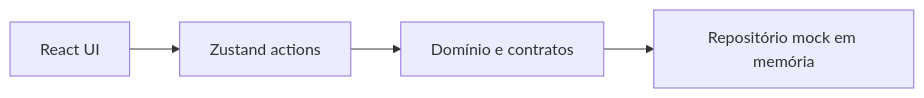
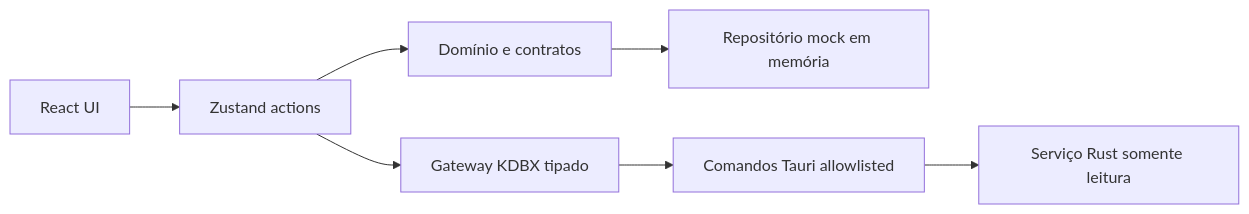
One commit to johnnymeunome/MyVault changed the first of 2 diagrams in docs/ARCHITECTURE.md. Above: the diagram before and after it, drawn with Mermaid. The commit also changed other lines of this file and 7 other files, not shown here.

````diff
--- a/docs/ARCHITECTURE.md
+++ b/docs/ARCHITECTURE.md
@@ -14,6 +14,9 @@
 ```mermaid
 flowchart LR
     UI["React UI"] --> Store["Zustand actions"]
     Store --> Domain["Domínio e contratos"]
     Domain --> Mock["Repositório mock em memória"]
+    Store --> Gateway["Gateway KDBX tipado"]
+    Gateway --> IPC["Comandos Tauri allowlisted"]
+    IPC --> Core["Serviço Rust somente leitura"]
 ```
````
